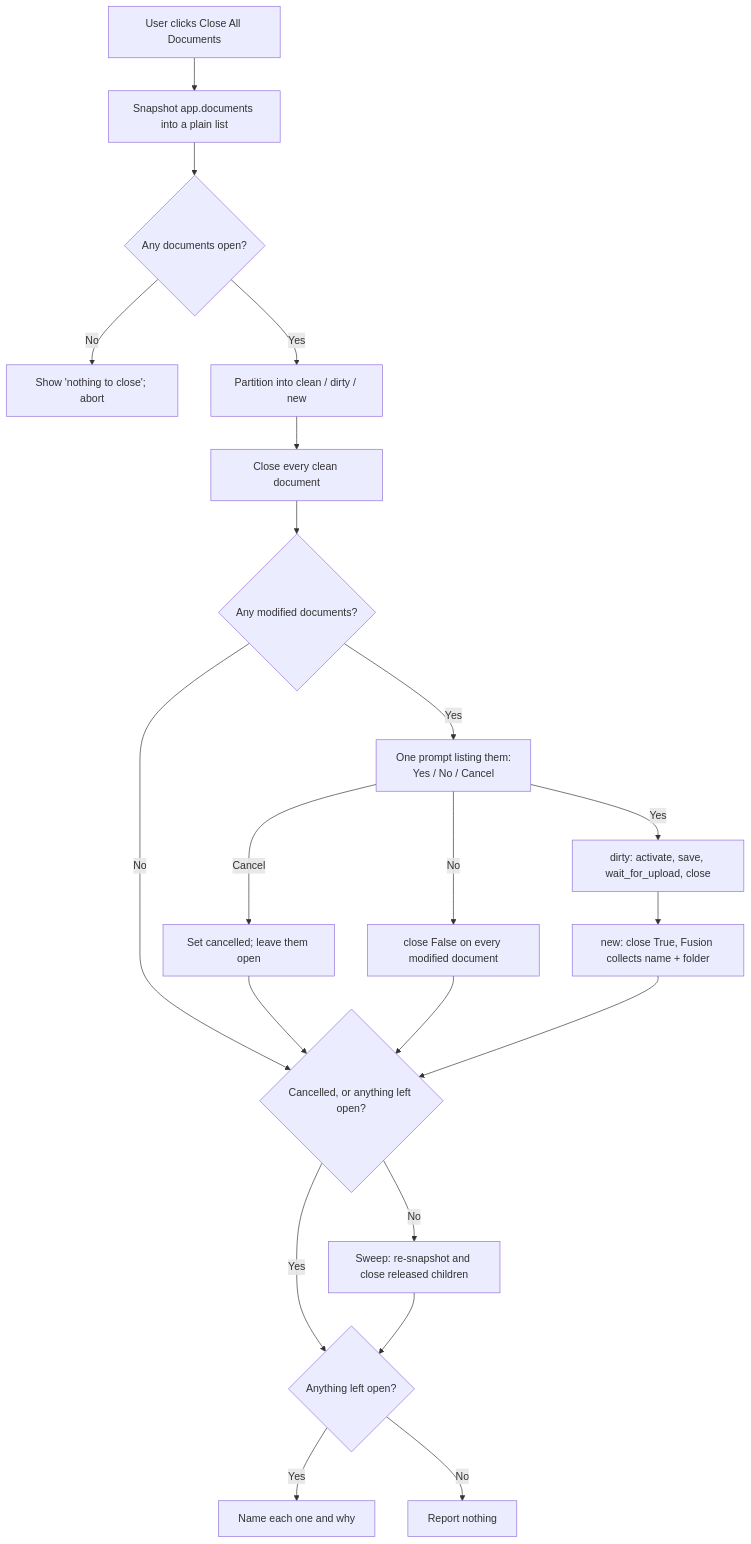
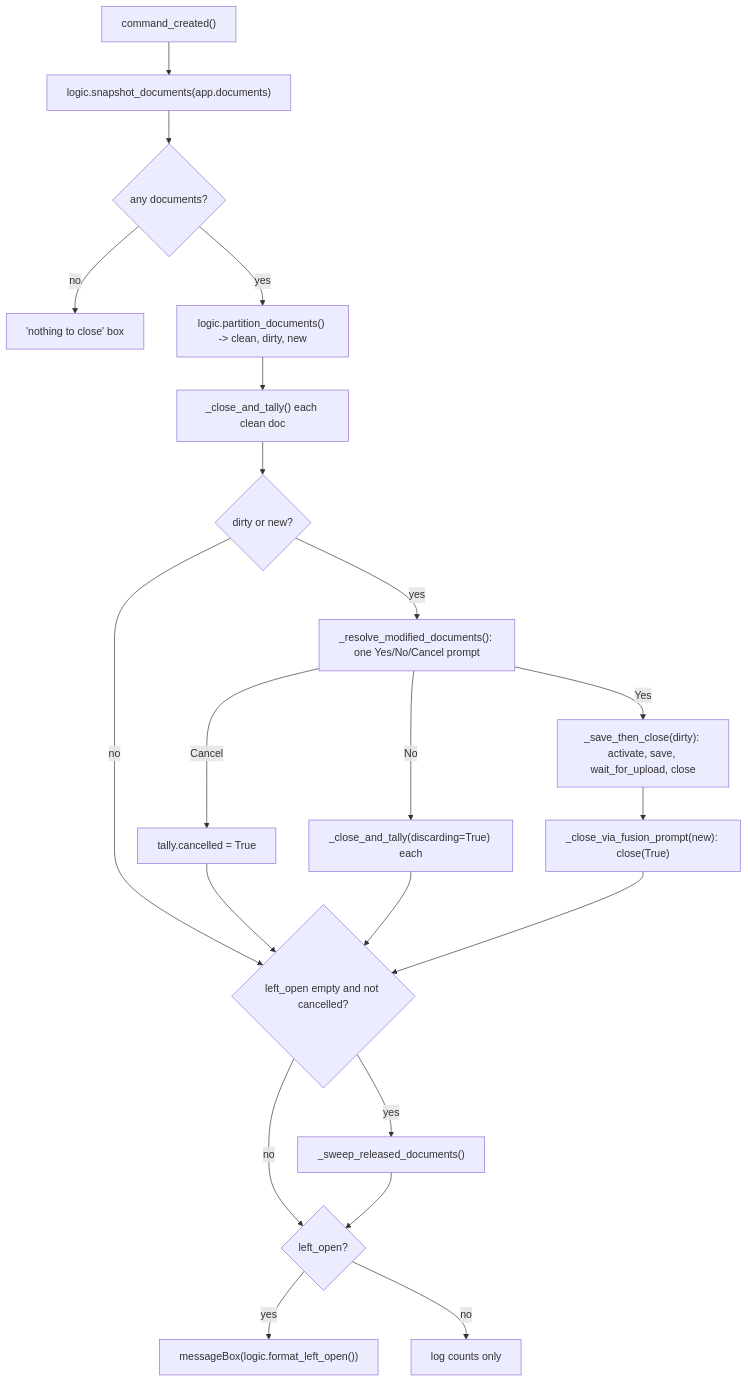
The diagram in docs/arch/Close All Documents.md (schneik80/PowerTools), drawn with Mermaid before and after one commit. The commit also changed other lines of this file and 69 other files, not shown here.

````diff
--- a/docs/arch/Close All Documents.md
+++ b/docs/arch/Close All Documents.md
@@ -84,24 +84,23 @@
 ```mermaid
 flowchart TD
-    A[User clicks Close All Documents] --> B[Snapshot app.documents into a plain list]
-    B --> C{Any documents open?}
-    C -- No --> C1[Show 'nothing to close'; abort]
-    C -- Yes --> D[Partition into clean / dirty / new]
-    D --> E[Close every clean document]
-    E --> F{Any modified documents?}
-    F -- No --> K
-    F -- Yes --> G[One prompt listing them:<br/>Yes / No / Cancel]
-    G -- Cancel --> G1[Set cancelled; leave them open]
-    G -- No --> G2[close False on every modified document]
-    G -- Yes --> H[dirty: activate, save, wait_for_upload, close]
-    H --> I[new: close True, Fusion collects name + folder]
+    A["command_created()"] --> B["logic.snapshot_documents(app.documents)"]
+    B --> C{"any documents?"}
+    C -- no --> C1["'nothing to close' box"]
+    C -- yes --> D["logic.partition_documents() -> clean, dirty, new"]
+    D --> E["_close_and_tally() each clean doc"]
+    E --> F{"dirty or new?"}
+    F -- no --> K
+    F -- yes --> G["_resolve_modified_documents(): one Yes/No/Cancel prompt"]
+    G -- Cancel --> G1["tally.cancelled = True"]
+    G -- No --> G2["_close_and_tally(discarding=True) each"]
+    G -- Yes --> H["_save_then_close(dirty): activate, save, wait_for_upload, close"]
+    H --> I["_close_via_fusion_prompt(new): close(True)"]
     G1 --> K
     G2 --> K
-    I --> K
-    K{Cancelled, or anything left open?}
-    K -- No --> M[Sweep: re-snapshot and close released children]
-    K -- Yes --> L
-    M --> L{Anything left open?}
-    L -- Yes --> L1[Name each one and why]
-    L -- No --> L2[Report nothing]
+    I --> K{"left_open empty and not cancelled?"}
+    K -- yes --> M["_sweep_released_documents()"]
+    K -- no --> L
+    M --> L{"left_open?"}
+    L -- yes --> L1["messageBox(logic.format_left_open())"]
+    L -- no --> L2["log counts only"]
 ```
````
